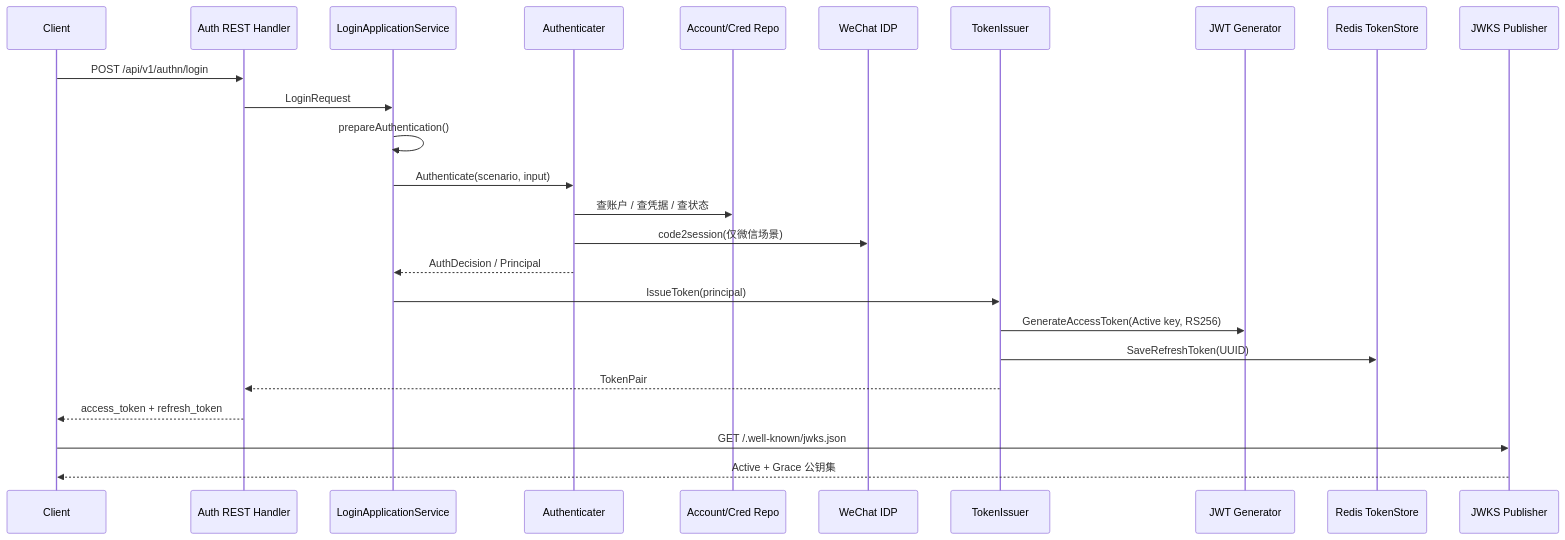
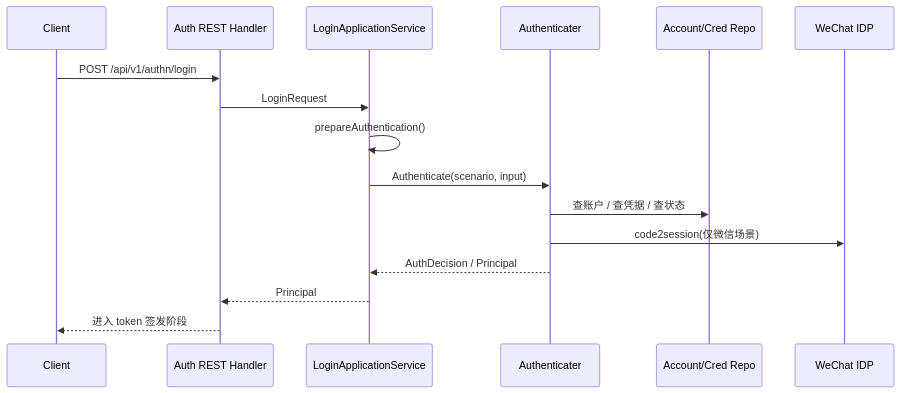
Before and after one commit to FangcunMount/iam-contracts: the first of 5 diagrams in docs/05-专题分析/01-认证链路：从登录请求到 Token 与 JWKS.md, drawn with Mermaid. The commit also changed other lines of this file and 24 other files, not shown here.

````diff
--- a/docs/05-专题分析/01-认证链路：从登录请求到 Token 与 JWKS.md
+++ b/docs/05-专题分析/01-认证链路：从登录请求到 Token 与 JWKS.md
@@ -33,29 +69,19 @@
 ```mermaid
 sequenceDiagram
     participant Client as Client
     participant REST as Auth REST Handler
     participant App as LoginApplicationService
     participant Auth as Authenticater
     participant Repo as Account/Cred Repo
     participant IDP as WeChat IDP
-    participant Issuer as TokenIssuer
-    participant JWT as JWT Generator
-    participant Redis as Redis TokenStore
-    participant JWKS as JWKS Publisher
 
     Client->>REST: POST /api/v1/authn/login
     REST->>App: LoginRequest
     App->>App: prepareAuthentication()
     App->>Auth: Authenticate(scenario, input)
     Auth->>Repo: 查账户 / 查凭据 / 查状态
     Auth->>IDP: code2session(仅微信场景)
     Auth-->>App: AuthDecision / Principal
-    App->>Issuer: IssueToken(principal)
-    Issuer->>JWT: GenerateAccessToken(Active key, RS256)
-    Issuer->>Redis: SaveRefreshToken(UUID)
-    Issuer-->>REST: TokenPair
-    REST-->>Client: access_token + refresh_token
-
-    Client->>JWKS: GET /.well-known/jwks.json
-    JWKS-->>Client: Active + Grace 公钥集
+    App-->>REST: Principal
+    REST-->>Client: 进入 token 签发阶段
 ```
````
